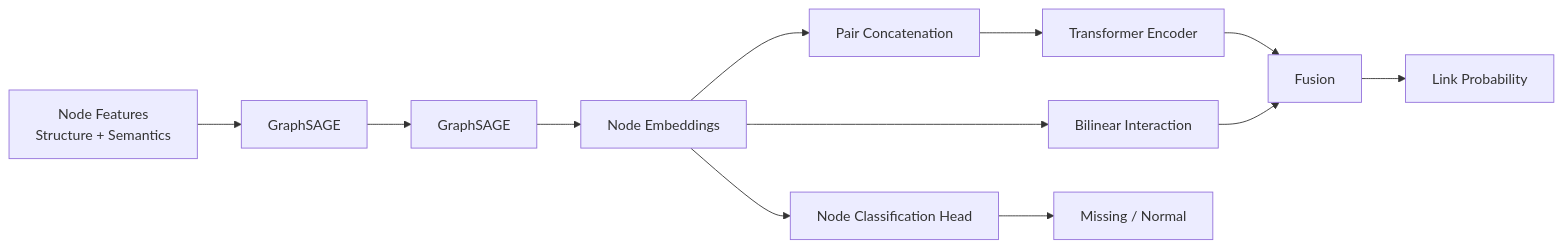
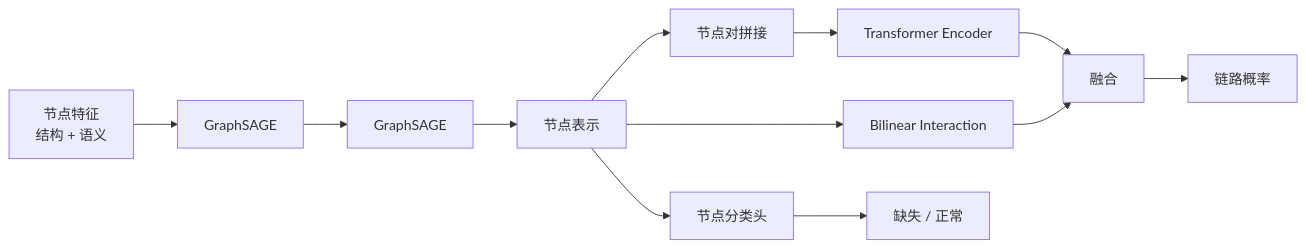
The second of 4 diagrams in readme.md (Xu0225/GNN_LLM_EXP), drawn with Mermaid before and after one commit. The commit also changed other lines of this file, not shown here.

```diff
--- a/readme.md
+++ b/readme.md
@@ -201,18 +209,18 @@
 ~~~mermaid
 flowchart LR
-    X["Node Features<br/>Structure + Semantics"]
+    X["节点特征<br/>结构 + 语义"]
     X --> S1["GraphSAGE"]
     S1 --> S2["GraphSAGE"]
-    S2 --> Z["Node Embeddings"]
+    S2 --> Z["节点表示"]
 
-    Z --> C["Pair Concatenation"]
+    Z --> C["节点对拼接"]
     C --> TR["Transformer Encoder"]
     Z --> BI["Bilinear Interaction"]
 
-    TR --> M["Fusion"]
+    TR --> M["融合"]
     BI --> M
-    M --> P["Link Probability"]
+    M --> P["链路概率"]
 
-    Z --> N["Node Classification Head"]
-    N --> R["Missing / Normal"]
+    Z --> N["节点分类头"]
+    N --> R["缺失 / 正常"]
 ~~~
```
